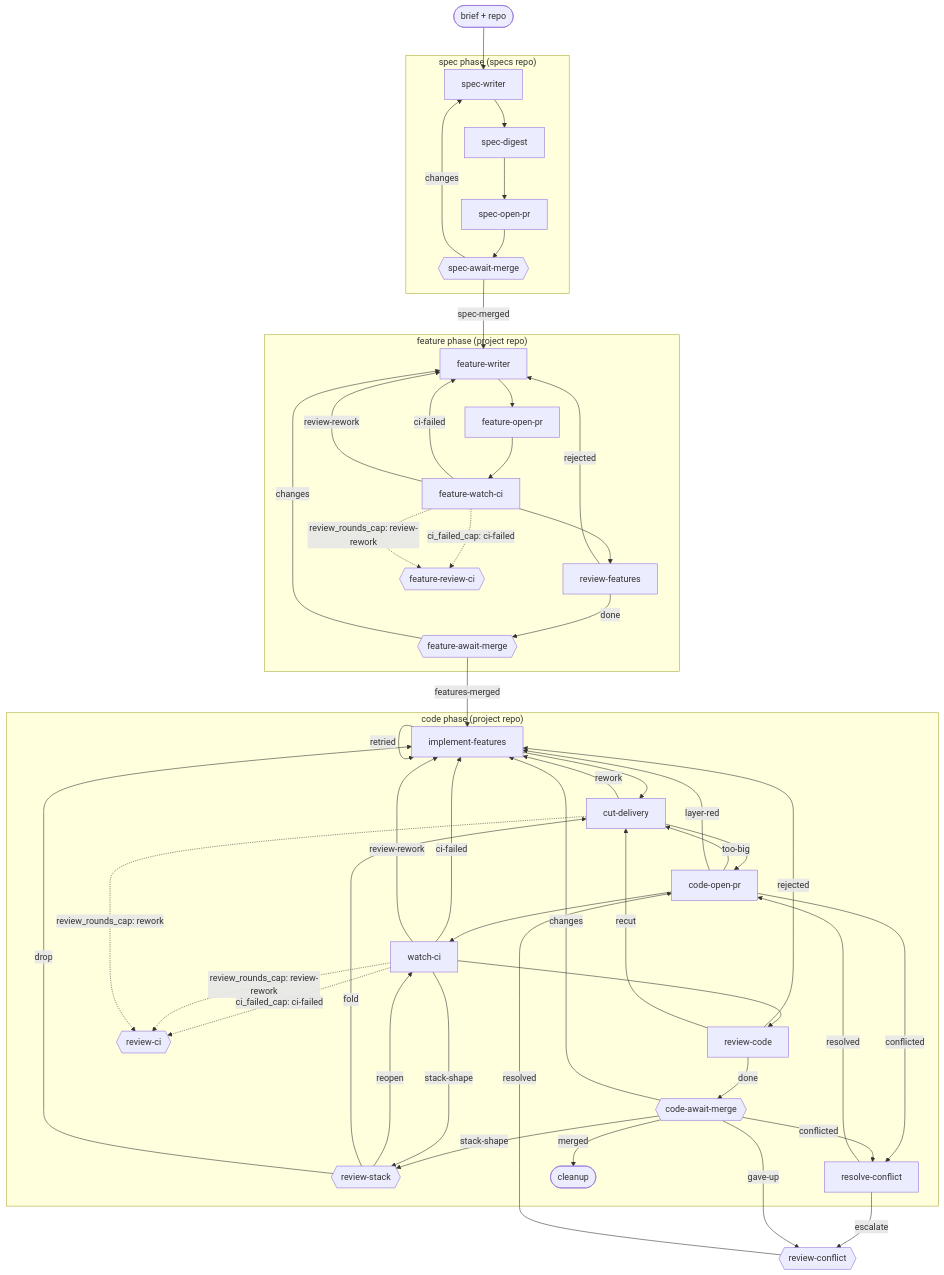
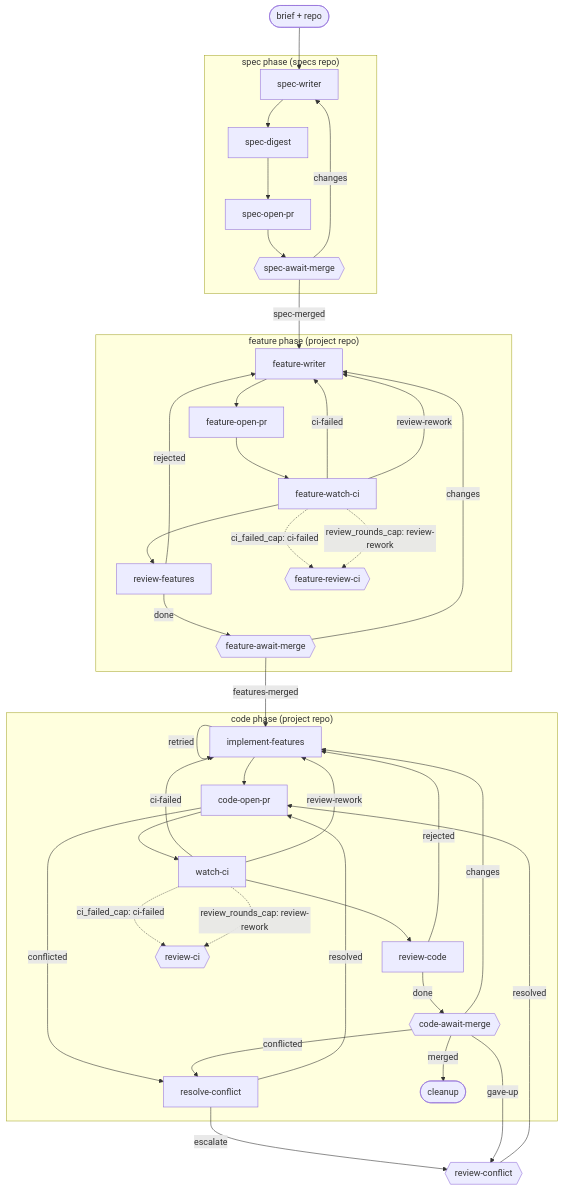
The diagram in docs/bdd-driven.md (kenmclennan/lightcycle-workflows), drawn with Mermaid before and after one commit. The commit also changed other lines of this file and 34 other files, not shown here.

````diff
--- a/docs/bdd-driven.md
+++ b/docs/bdd-driven.md
@@ -15,48 +15,38 @@
 ```mermaid
 flowchart TD
     brief(["brief + repo"]) --> SW["spec-writer"]
     subgraph S ["spec phase (specs repo)"]
         SW --> SD["spec-digest"] --> SOP["spec-open-pr"] --> SAM{{"spec-await-merge"}}
         SAM -->|changes| SW
     end
     SAM -->|spec-merged| FW["feature-writer"]
     subgraph F ["feature phase (project repo)"]
         FW --> FOP["feature-open-pr"] --> FWCI["feature-watch-ci"] --> RF["review-features"]
         FWCI -->|ci-failed| FW
         FWCI -->|review-rework| FW
         FWCI -.->|"ci_failed_cap: ci-failed"| FRCI{{"feature-review-ci"}}
         FWCI -.->|"review_rounds_cap: review-rework"| FRCI
         RF -->|rejected| FW
         RF -->|done| FAM{{"feature-await-merge"}}
         FAM -->|changes| FW
     end
     FAM -->|features-merged| IF["implement-features"]
     subgraph C ["code phase (project repo)"]
-        IF --> CD["cut-delivery"] --> COP["code-open-pr"] --> WCI["watch-ci"] --> RC["review-code"]
+        IF --> COP["code-open-pr"] --> WCI["watch-ci"] --> RC["review-code"]
         WCI -->|ci-failed| IF
         WCI -->|review-rework| IF
         WCI -.->|"ci_failed_cap: ci-failed"| RCI{{"review-ci"}}
         WCI -.->|"review_rounds_cap: review-rework"| RCI
-        CD -->|rework| IF
-        CD -.->|"review_rounds_cap: rework"| RCI
         RC -->|rejected| IF
         RC -->|done| CAM{{"code-await-merge"}}
         CAM -->|changes| IF
         IF -->|retried| IF
-        RC -->|recut| CD
-        CAM -->|stack-shape| RS{{"review-stack"}}
-        WCI -->|stack-shape| RS
-        RS -->|reopen| WCI
-        RS -->|fold| CD
-        RS -->|drop| IF
         COP -->|conflicted| RCF["resolve-conflict"]
-        COP -->|too-big| CD
-        COP -->|layer-red| IF
         CAM -->|conflicted| RCF
         RCF -->|resolved| COP
         CAM -->|merged| CU(["cleanup"])
     end
     RCF -->|escalate| RCON{{"review-conflict"}}
     CAM -->|gave-up| RCON
     RCON -->|resolved| COP
 ```
````
